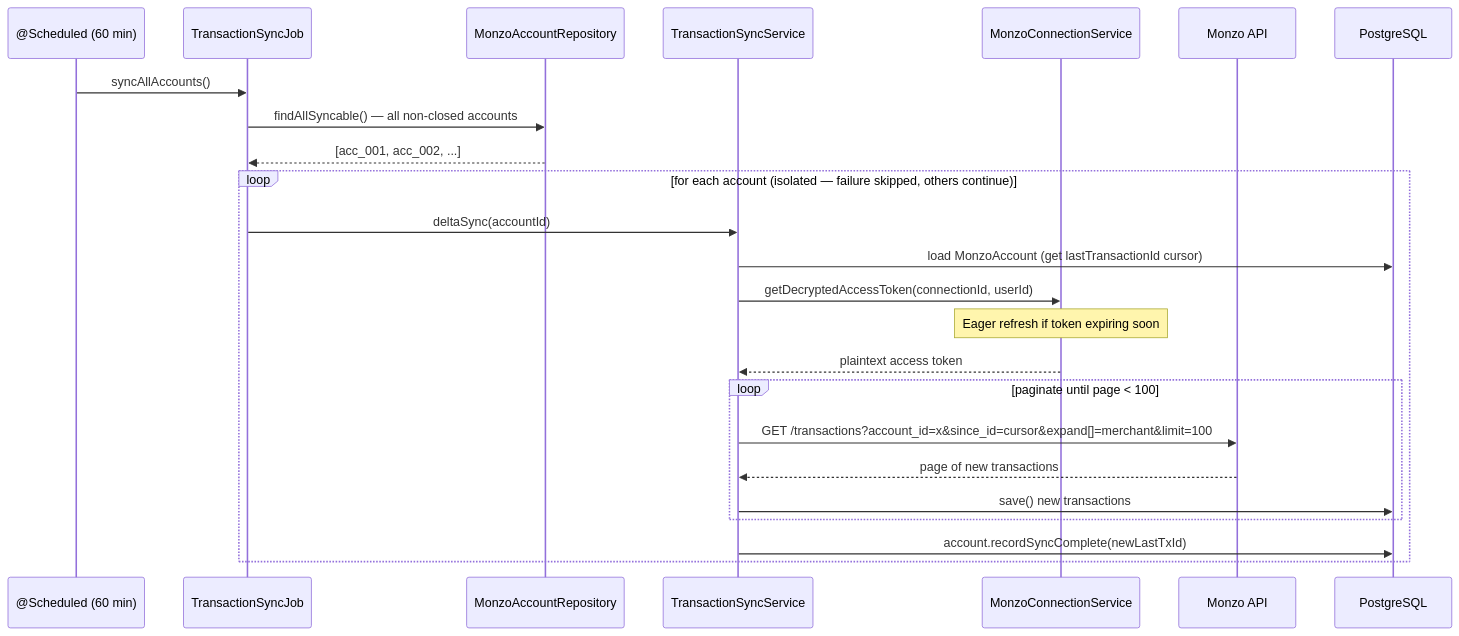
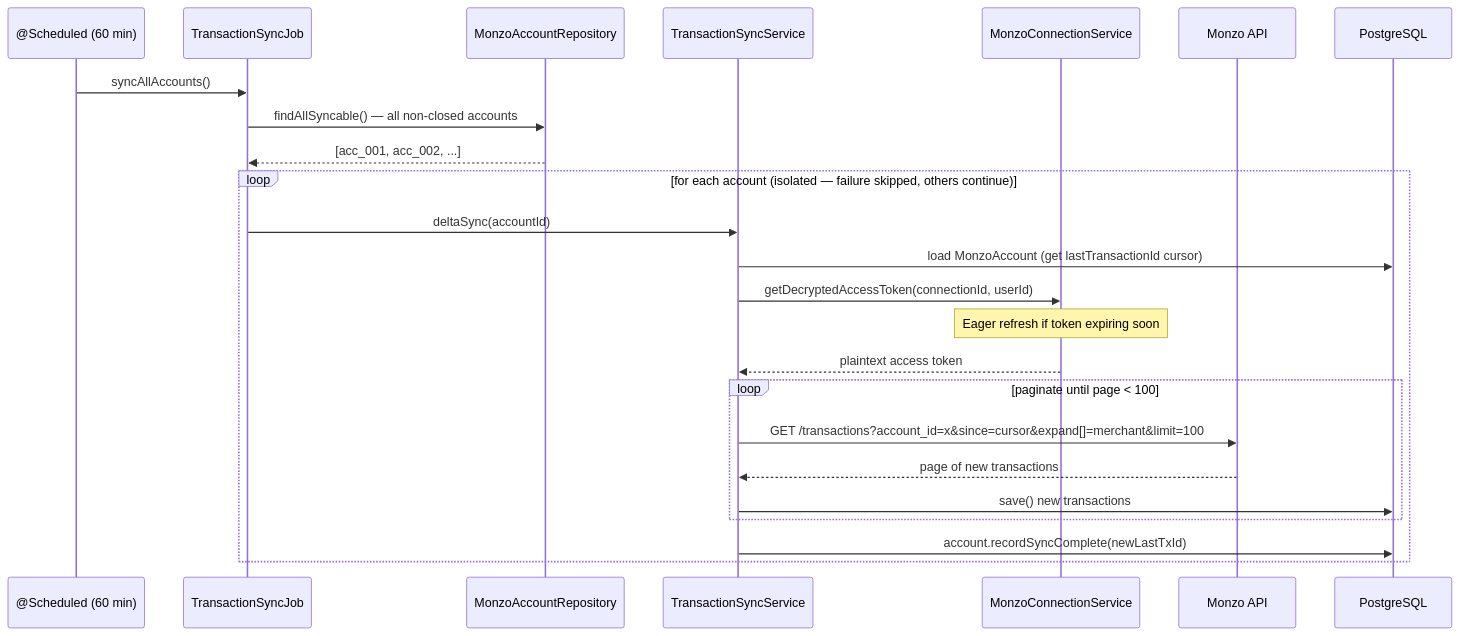
One commit to alexandermfisher/budgeteer changed the second of 3 diagrams in docs/features/MONZO-TRANSACTION-SYNC.md. Above: the diagram before and after it, drawn with Mermaid. The commit also changed other lines of this file and 6 other files, not shown here.

````diff
--- a/docs/features/MONZO-TRANSACTION-SYNC.md
+++ b/docs/features/MONZO-TRANSACTION-SYNC.md
@@ -187,31 +187,31 @@
 ```mermaid
 sequenceDiagram
     participant Scheduler as @Scheduled (60 min)
     participant Job as TransactionSyncJob
     participant Repo as MonzoAccountRepository
     participant SyncService as TransactionSyncService
     participant ConnService as MonzoConnectionService
     participant MonzoAPI as Monzo API
     participant DB as PostgreSQL
 
     Scheduler->>Job: syncAllAccounts()
     Job->>Repo: findAllSyncable() — all non-closed accounts
     Repo-->>Job: [acc_001, acc_002, ...]
 
     loop for each account (isolated — failure skipped, others continue)
         Job->>SyncService: deltaSync(accountId)
         SyncService->>DB: load MonzoAccount (get lastTransactionId cursor)
         SyncService->>ConnService: getDecryptedAccessToken(connectionId, userId)
         Note over ConnService: Eager refresh if token expiring soon
 
         ConnService-->>SyncService: plaintext access token
 
         loop paginate until page < 100
-            SyncService->>MonzoAPI: GET /transactions?account_id=x&since_id=cursor&expand[]=merchant&limit=100
+            SyncService->>MonzoAPI: GET /transactions?account_id=x&since=cursor&expand[]=merchant&limit=100
             MonzoAPI-->>SyncService: page of new transactions
             SyncService->>DB: save() new transactions
         end
 
         SyncService->>DB: account.recordSyncComplete(newLastTxId)
     end
 ```
````
